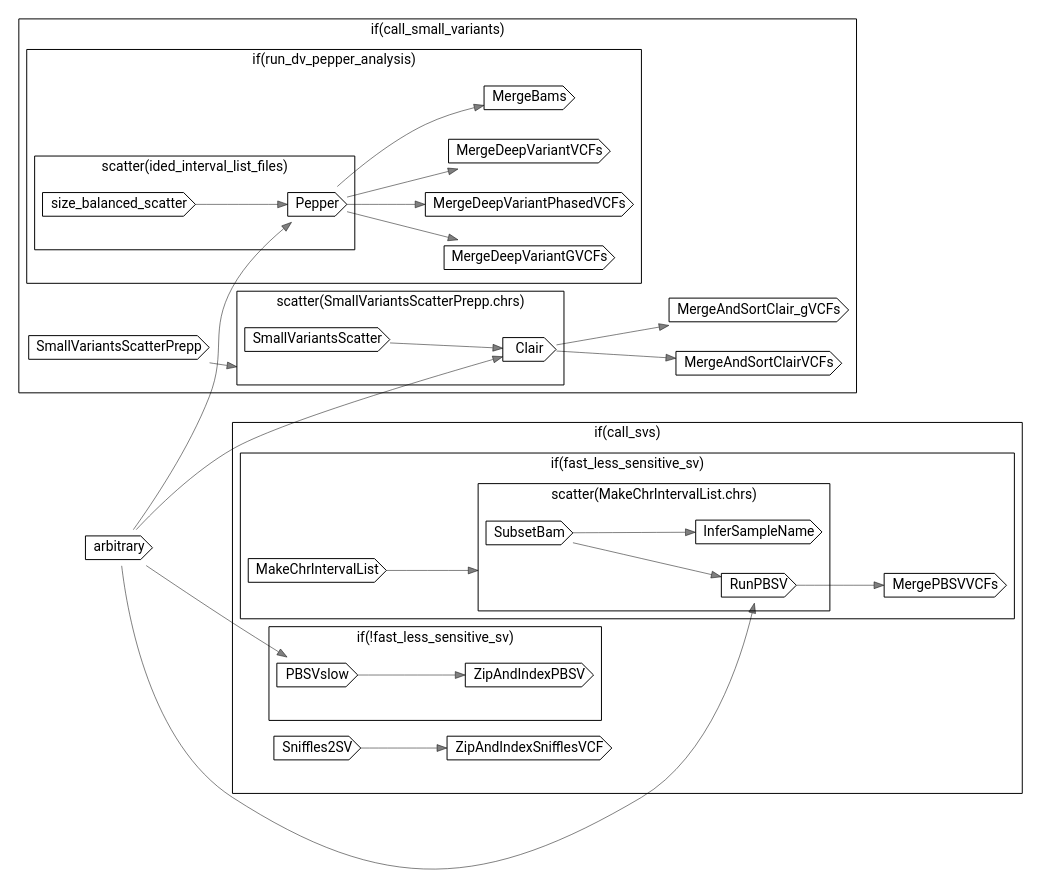
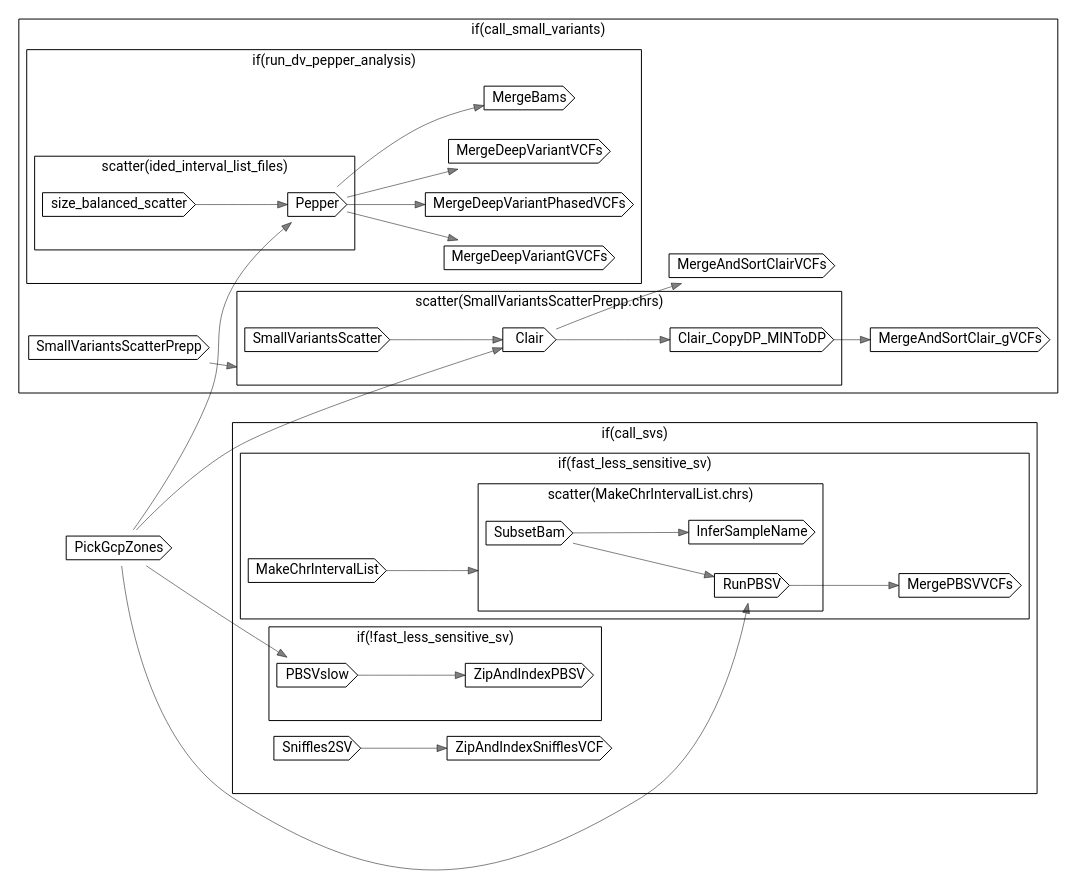
The diagram in dot/CallVariantsONT.dot (broadinstitute/long-read-pipelines), drawn with Graphviz before and after one commit. The commit also changed 78 other files, not shown here.

```diff
--- a/dot/CallVariantsONT.dot
+++ b/dot/CallVariantsONT.dot
@@ -1,78 +1,80 @@
 // CallVariants
 digraph {
 	compound=true rankdir=LR
 	node [fontname=Roboto]
 	edge [color="#00000080"]
-	"call-arbitrary" [label=arbitrary shape=cds]
+	"call-PickGcpZones" [label=PickGcpZones shape=cds]
 	subgraph "cluster-if-L76C5" {
 		fontname=Roboto label="if(call_small_variants)" rank=same
 		"call-SmallVariantsScatterPrepp" [label=SmallVariantsScatterPrepp shape=cds]
 		subgraph "cluster-scatter-L86C9-c" {
 			fontname=Roboto label="scatter(SmallVariantsScatterPrepp.chrs)" rank=same
 			"call-SmallVariantsScatter" [label=SmallVariantsScatter shape=cds]
 			"call-Clair" [label=Clair shape=cds]
+			"call-Clair_CopyDP_MINToDP" [label=Clair_CopyDP_MINToDP shape=cds]
 			"scatter-L86C9-c" [label="" height=0 margin=0 style=invis width=0]
 		}
 		"call-MergeAndSortClairVCFs" [label=MergeAndSortClairVCFs shape=cds]
 		"call-MergeAndSortClair_gVCFs" [label=MergeAndSortClair_gVCFs shape=cds]
-		subgraph "cluster-if-L127C9" {
+		subgraph "cluster-if-L135C9" {
 			fontname=Roboto label="if(run_dv_pepper_analysis)" rank=same
-			subgraph "cluster-scatter-L134C13-pair" {
+			subgraph "cluster-scatter-L142C13-pair" {
 				fontname=Roboto label="scatter(ided_interval_list_files)" rank=same
 				"call-size_balanced_scatter" [label=size_balanced_scatter shape=cds]
 				"call-Pepper" [label=Pepper shape=cds]
-				"scatter-L134C13-pair" [label="" height=0 margin=0 style=invis width=0]
+				"scatter-L142C13-pair" [label="" height=0 margin=0 style=invis width=0]
 			}
 			"call-MergeDeepVariantGVCFs" [label=MergeDeepVariantGVCFs shape=cds]
 			"call-MergeDeepVariantPhasedVCFs" [label=MergeDeepVariantPhasedVCFs shape=cds]
 			"call-MergeDeepVariantVCFs" [label=MergeDeepVariantVCFs shape=cds]
 			"call-MergeBams" [label=MergeBams shape=cds]
-			"if-L127C9" [label="" height=0 margin=0 style=invis width=0]
+			"if-L135C9" [label="" height=0 margin=0 style=invis width=0]
 		}
 		"if-L76C5" [label="" height=0 margin=0 style=invis width=0]
 	}
-	subgraph "cluster-if-L189C5" {
+	subgraph "cluster-if-L197C5" {
 		fontname=Roboto label="if(call_svs)" rank=same
-		subgraph "cluster-if-L190C9" {
+		subgraph "cluster-if-L198C9" {
 			fontname=Roboto label="if(fast_less_sensitive_sv)" rank=same
 			"call-MakeChrIntervalList" [label=MakeChrIntervalList shape=cds]
-			subgraph "cluster-scatter-L198C13-c" {
+			subgraph "cluster-scatter-L206C13-c" {
 				fontname=Roboto label="scatter(MakeChrIntervalList.chrs)" rank=same
 				"call-SubsetBam" [label=SubsetBam shape=cds]
 				"call-RunPBSV" [label=RunPBSV shape=cds]
 				"call-InferSampleName" [label=InferSampleName shape=cds]
-				"scatter-L198C13-c" [label="" height=0 margin=0 style=invis width=0]
+				"scatter-L206C13-c" [label="" height=0 margin=0 style=invis width=0]
 			}
 			"call-MergePBSVVCFs" [label=MergePBSVVCFs shape=cds]
-			"if-L190C9" [label="" height=0 margin=0 style=invis width=0]
+			"if-L198C9" [label="" height=0 margin=0 style=invis width=0]
 		}
-		subgraph "cluster-if-L237C9" {
+		subgraph "cluster-if-L245C9" {
 			fontname=Roboto label="if(!fast_less_sensitive_sv)" rank=same
 			"call-PBSVslow" [label=PBSVslow shape=cds]
 			"call-ZipAndIndexPBSV" [label=ZipAndIndexPBSV shape=cds]
-			"if-L237C9" [label="" height=0 margin=0 style=invis width=0]
+			"if-L245C9" [label="" height=0 margin=0 style=invis width=0]
 		}
 		"call-Sniffles2SV" [label=Sniffles2SV shape=cds]
 		"call-ZipAndIndexSnifflesVCF" [label=ZipAndIndexSnifflesVCF shape=cds]
-		"if-L189C5" [label="" height=0 margin=0 style=invis width=0]
+		"if-L197C5" [label="" height=0 margin=0 style=invis width=0]
 	}
 	"call-SmallVariantsScatterPrepp" -> "scatter-L86C9-c" [lhead="cluster-scatter-L86C9-c"]
-	"call-arbitrary" -> "call-Clair"
 	"call-SmallVariantsScatter" -> "call-Clair"
+	"call-PickGcpZones" -> "call-Clair"
+	"call-Clair" -> "call-Clair_CopyDP_MINToDP"
 	"call-Clair" -> "call-MergeAndSortClairVCFs"
-	"call-Clair" -> "call-MergeAndSortClair_gVCFs"
-	"call-arbitrary" -> "call-Pepper"
+	"call-Clair_CopyDP_MINToDP" -> "call-MergeAndSortClair_gVCFs"
 	"call-size_balanced_scatter" -> "call-Pepper"
+	"call-PickGcpZones" -> "call-Pepper"
 	"call-Pepper" -> "call-MergeDeepVariantGVCFs"
 	"call-Pepper" -> "call-MergeDeepVariantPhasedVCFs"
 	"call-Pepper" -> "call-MergeDeepVariantVCFs"
 	"call-Pepper" -> "call-MergeBams"
-	"call-MakeChrIntervalList" -> "scatter-L198C13-c" [lhead="cluster-scatter-L198C13-c"]
+	"call-MakeChrIntervalList" -> "scatter-L206C13-c" [lhead="cluster-scatter-L206C13-c"]
 	"call-SubsetBam" -> "call-RunPBSV"
-	"call-arbitrary" -> "call-RunPBSV"
+	"call-PickGcpZones" -> "call-RunPBSV"
 	"call-SubsetBam" -> "call-InferSampleName"
 	"call-RunPBSV" -> "call-MergePBSVVCFs"
-	"call-arbitrary" -> "call-PBSVslow"
+	"call-PickGcpZones" -> "call-PBSVslow"
 	"call-PBSVslow" -> "call-ZipAndIndexPBSV"
 	"call-Sniffles2SV" -> "call-ZipAndIndexSnifflesVCF"
 }
```
